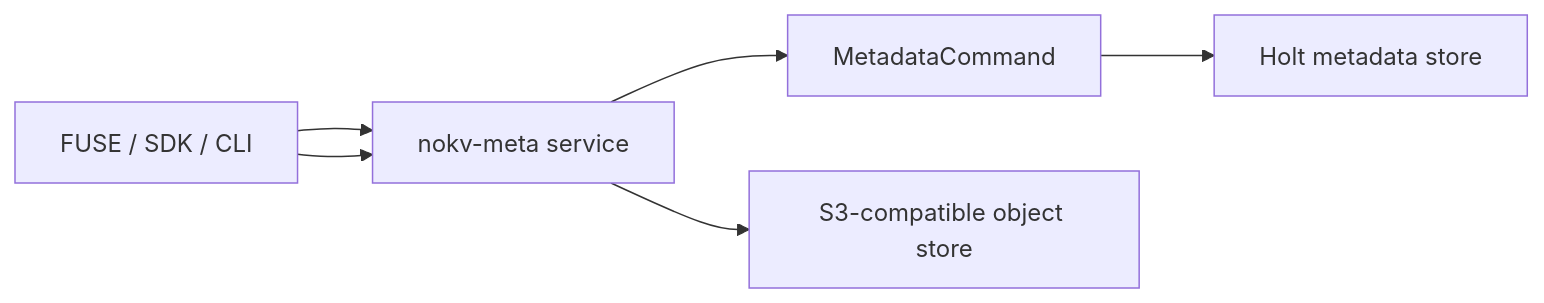
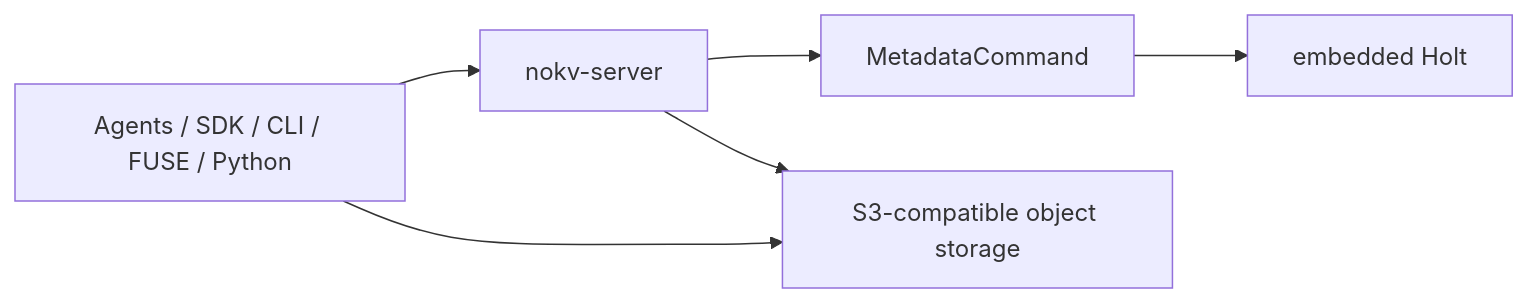
The first of 2 diagrams in docs/architecture.md (NoKV-Lab/NoKV), drawn with Mermaid before and after one commit. The commit also changed other lines of this file and 36 other files, not shown here.

````diff
--- a/docs/architecture.md
+++ b/docs/architecture.md
@@ -45,8 +83,8 @@
 ```mermaid
 flowchart LR
-    App["AI training / agent client"] --> API["NoKV metad"]
-    App["FUSE / SDK / CLI"] --> API["nokv-meta service"]
-    API --> Command["MetadataCommand"]
-    Command --> Holt["Holt metadata store"]
-    API --> Object["S3-compatible object store"]
+    Client["Agents / SDK / CLI / FUSE / Python"] --> Server["nokv-server"]
+    Server --> Command["MetadataCommand"]
+    Command --> Holt["embedded Holt"]
+    Client --> Object["S3-compatible object storage"]
+    Server --> Object
 ```
````
